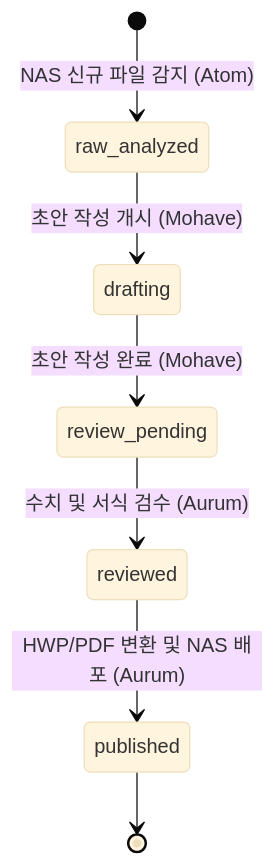
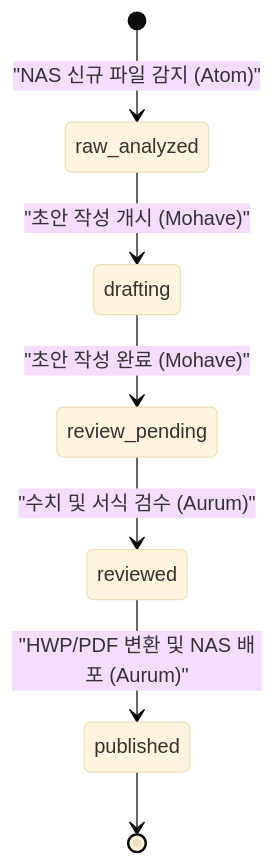
Before and after one commit to caiser77-glitch/dgx-ai-system: the diagram in 005. 아톰-모하비-아우룸 협업 파이프라인/docs/02-design/collaboration_pipeline.design.md, drawn with Mermaid (base theme). The commit also changed 1 other file, not shown here.

Commit message:
fix: Mermaid 문법 괄호 예외 처리 및 Atom_works 계획 문서 동기화

````diff
--- a/005. 아톰-모하비-아우룸 협업 파이프라인/docs/02-design/collaboration_pipeline.design.md
+++ b/005. 아톰-모하비-아우룸 협업 파이프라인/docs/02-design/collaboration_pipeline.design.md
@@ -36,9 +36,9 @@
 ```mermaid
 stateDiagram-v2
-    [*] --> raw_analyzed : NAS 신규 파일 감지 (Atom)
-    raw_analyzed --> drafting : 초안 작성 개시 (Mohave)
-    drafting --> review_pending : 초안 작성 완료 (Mohave)
-    review_pending --> reviewed : 수치 및 서식 검수 (Aurum)
-    reviewed --> published : HWP/PDF 변환 및 NAS 배포 (Aurum)
+    [*] --> raw_analyzed : "NAS 신규 파일 감지 (Atom)"
+    raw_analyzed --> drafting : "초안 작성 개시 (Mohave)"
+    drafting --> review_pending : "초안 작성 완료 (Mohave)"
+    review_pending --> reviewed : "수치 및 서식 검수 (Aurum)"
+    reviewed --> published : "HWP/PDF 변환 및 NAS 배포 (Aurum)"
     published --> [*]
 ```
````
